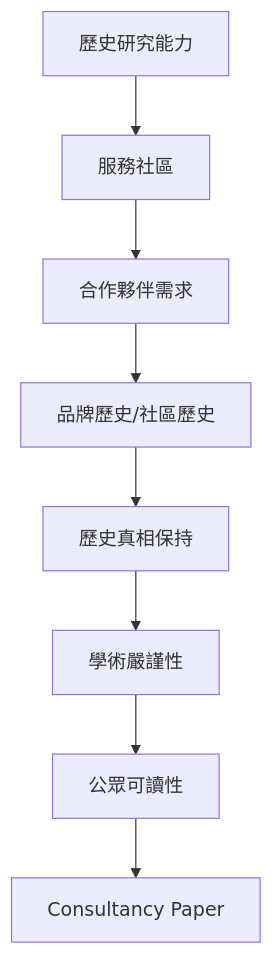
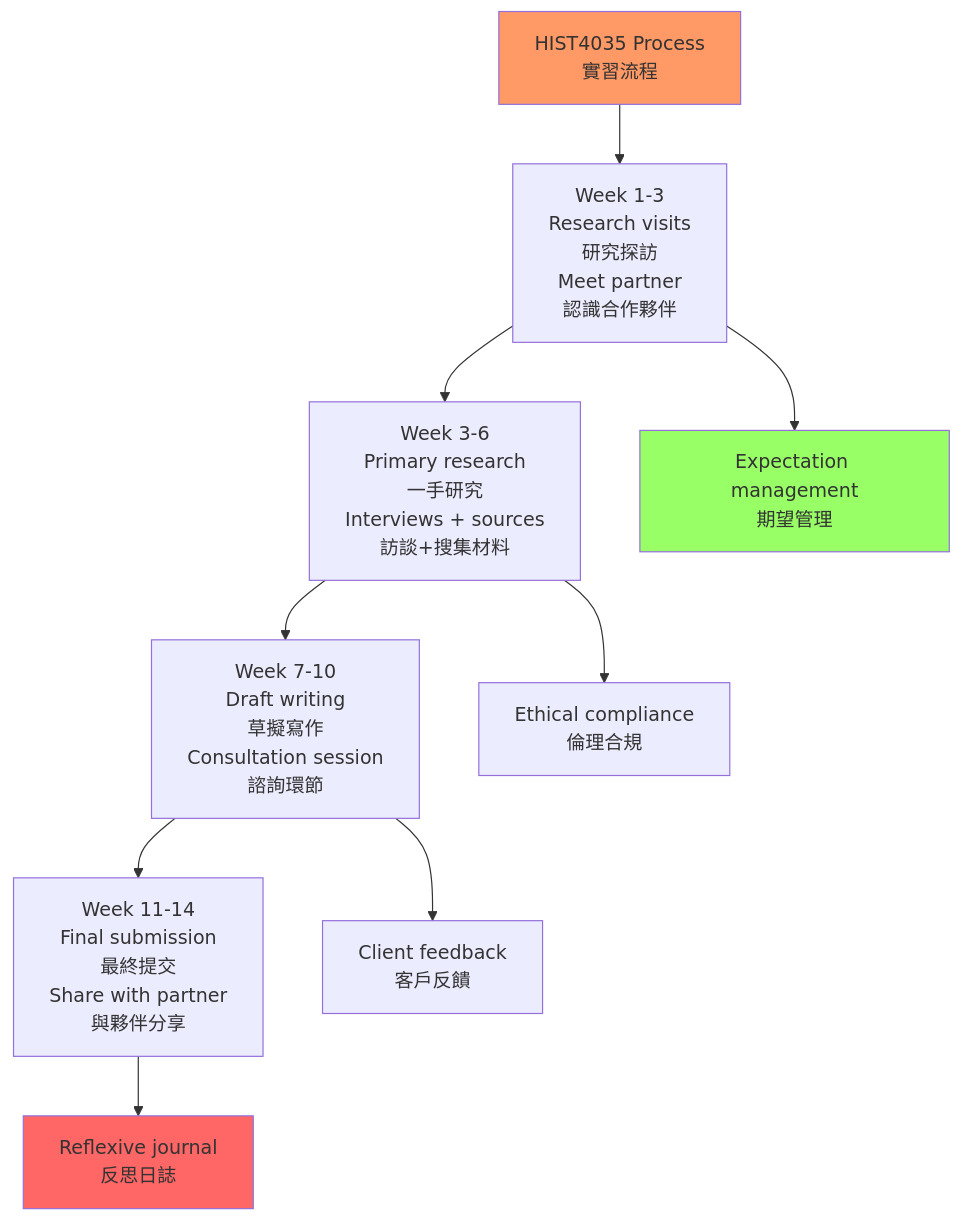
One commit to yip-lgtm/HKU-Harvard-History-Self-Study changed the first of 5 diagrams in 01_HKU_Courses/HIST4035_History_Applied_Internship.md. Above: the diagram before and after it, drawn with Mermaid. The commit also changed other lines of this file and 25 other files, not shown here.

Commit message:
HKU-Harvard: hkuv6 25 HKU courses full research (HIST2229-HIST4039, HIST1017-HIST2225)

````diff
--- a/01_HKU_Courses/HIST4035_History_Applied_Internship.md
+++ b/01_HKU_Courses/HIST4035_History_Applied_Internship.md
@@ -135,10 +93,16 @@
 ```mermaid
 flowchart TD
-    A[歷史研究能力] --> B[服務社區]
-    B --> C[合作夥伴需求]
-    C --> D[品牌歷史/社區歷史]
-    D --> E[歷史真相保持]
-    E --> F[學術嚴謹性]
-    F --> G[公眾可讀性]
-    G --> H[Consultancy Paper]
+    A[HIST4035 Process<br/>實習流程] --> B[Week 1-3<br/>Research visits<br/>研究探訪<br/>Meet partner<br/>認識合作夥伴]
+    B --> C[Week 3-6<br/>Primary research<br/>一手研究<br/>Interviews + sources<br/>訪談+搜集材料]
+    C --> D[Week 7-10<br/>Draft writing<br/>草擬寫作<br/>Consultation session<br/>諮詢環節]
+    D --> E[Week 11-14<br/>Final submission<br/>最終提交<br/>Share with partner<br/>與夥伴分享]
+    
+    B --> F[Expectation management<br/>期望管理]
+    C --> G[Ethical compliance<br/>倫理合規]
+    D --> H[Client feedback<br/>客戶反饋]
+    E --> I[Reflexive journal<br/>反思日誌]
+    
+    style A fill:#f96
+    style F fill:#9f6
+    style I fill:#f66
 ```
````
